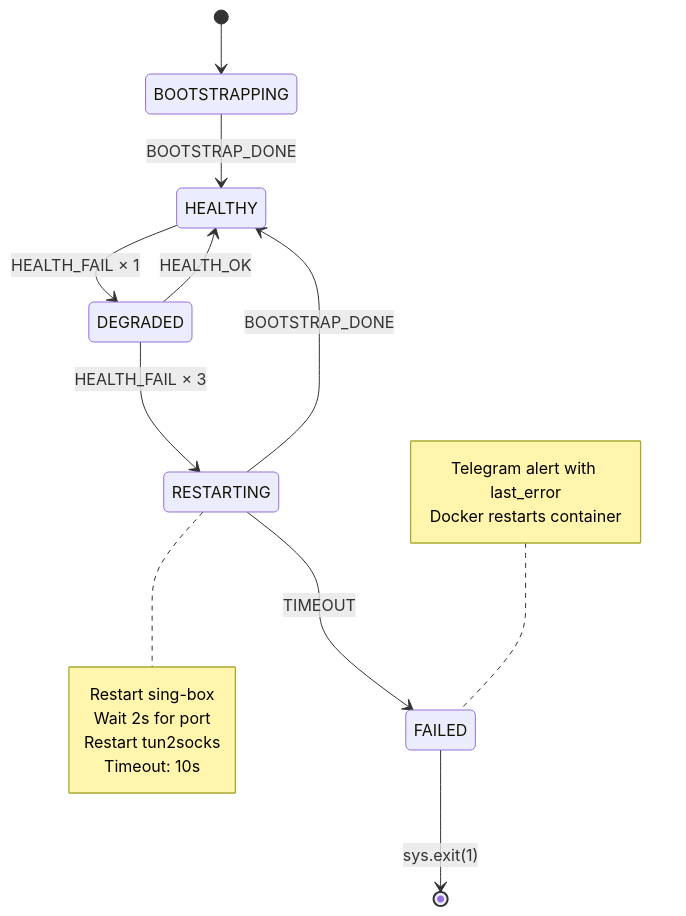
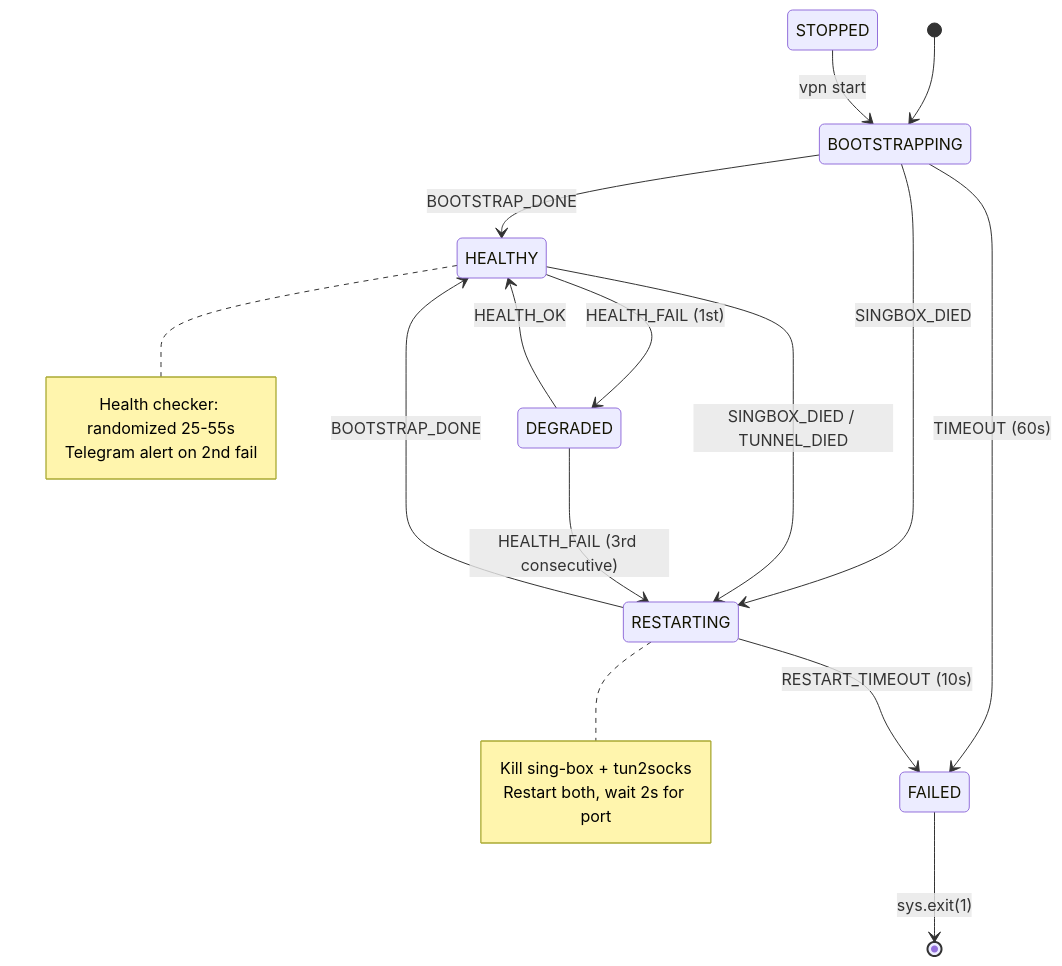
The fourth of 6 diagrams in README.md (stan-buren/virtual-private-network), drawn with Mermaid before and after one commit. The commit also changed other lines of this file, not shown here.

````diff
--- a/README.md
+++ b/README.md
@@ -108,23 +204,30 @@
 ```mermaid
 stateDiagram-v2
     [*] --> BOOTSTRAPPING
-    BOOTSTRAPPING --> HEALTHY : BOOTSTRAP_DONE
-    HEALTHY --> DEGRADED : HEALTH_FAIL × 1
-    DEGRADED --> HEALTHY : HEALTH_OK
-    DEGRADED --> RESTARTING : HEALTH_FAIL × 3
-    RESTARTING --> HEALTHY : BOOTSTRAP_DONE
-    RESTARTING --> FAILED : TIMEOUT
-    FAILED --> [*] : sys.exit(1)
+
+    BOOTSTRAPPING --> HEALTHY: BOOTSTRAP_DONE
+    BOOTSTRAPPING --> RESTARTING: SINGBOX_DIED
+    BOOTSTRAPPING --> FAILED: TIMEOUT (60s)
+
+    HEALTHY --> DEGRADED: HEALTH_FAIL (1st)
+    HEALTHY --> RESTARTING: SINGBOX_DIED / TUNNEL_DIED
+
+    DEGRADED --> HEALTHY: HEALTH_OK
+    DEGRADED --> RESTARTING: HEALTH_FAIL (3rd consecutive)
+
+    RESTARTING --> HEALTHY: BOOTSTRAP_DONE
+    RESTARTING --> FAILED: RESTART_TIMEOUT (10s)
+
+    FAILED --> [*]: sys.exit(1)
+    STOPPED --> BOOTSTRAPPING: vpn start
+
+    note right of HEALTHY
+        Health checker: randomized 25-55s
+        Telegram alert on 2nd fail
+    end note
 
     note right of RESTARTING
-        Restart sing-box
-        Wait 2s for port
-        Restart tun2socks
-        Timeout: 10s
-    end note
-
-    note left of FAILED
-        Telegram alert with last_error
-        Docker restarts container
+        Kill sing-box + tun2socks
+        Restart both, wait 2s for port
     end note
 ```
````
